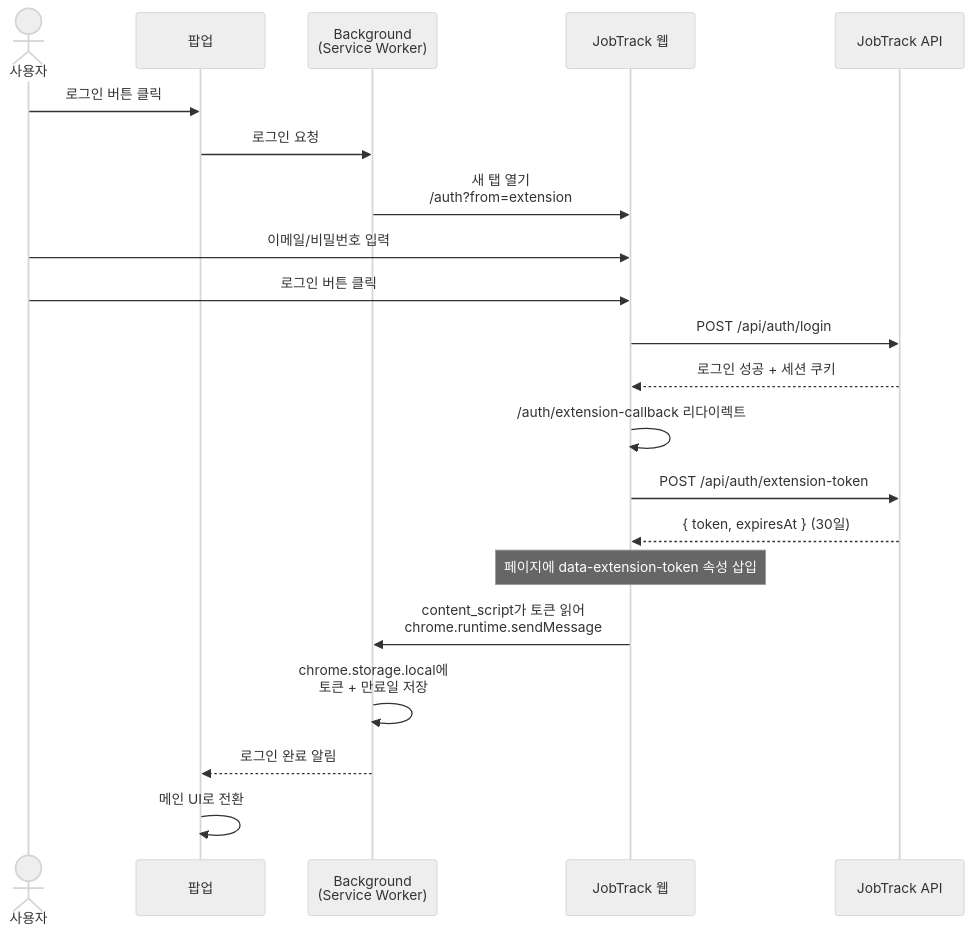
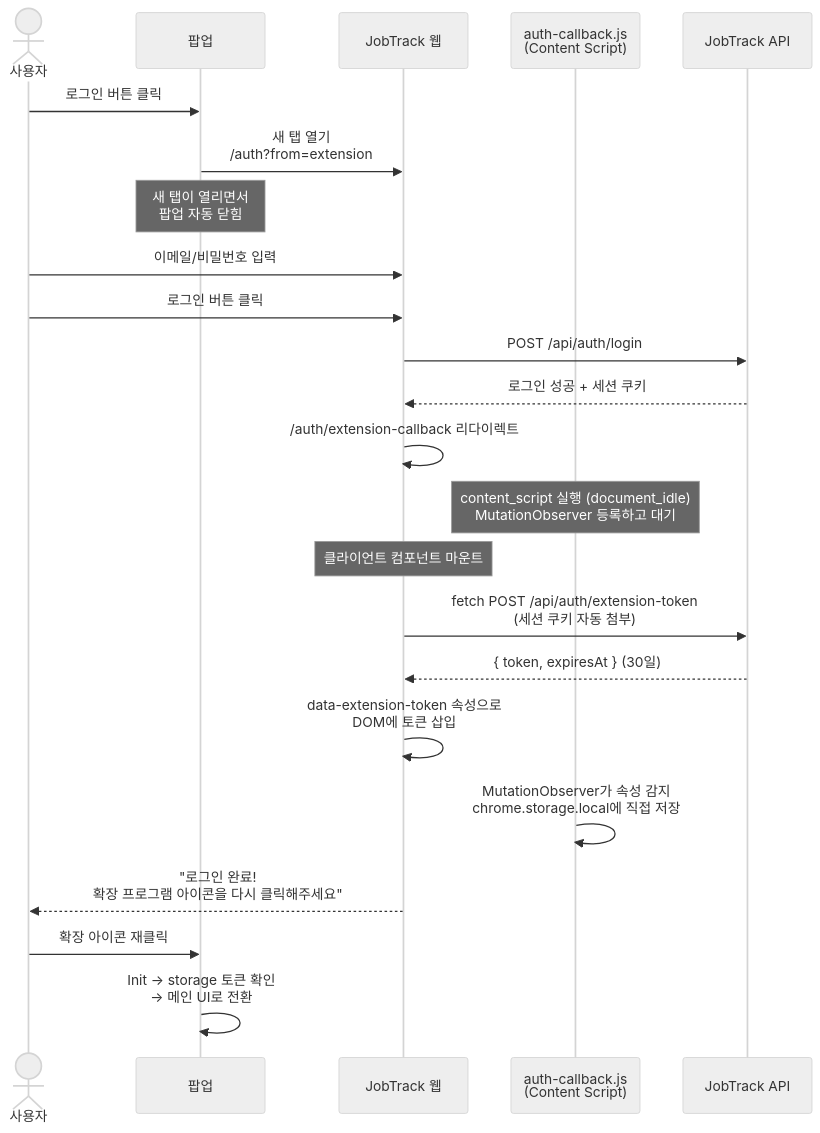
The second of 6 diagrams in docs/extension/flow.md (chaeseungyun/jobtrack), drawn with Mermaid (neutral theme) before and after one commit. The commit also changed other lines of this file and 3 other files, not shown here.

Commit message:
docs: update flow and implementation plan for JobTrack Chrome extension, detailing new authentication flow, removal of Service Worker, and enhanced content script functionality

````diff
--- a/docs/extension/flow.md
+++ b/docs/extension/flow.md
@@ -84,29 +84,31 @@
 ```mermaid
 sequenceDiagram
     actor User as 사용자
     participant Popup as 팝업
-    participant BG as Background<br/>(Service Worker)
     participant Web as JobTrack 웹
+    participant CS as auth-callback.js<br/>(Content Script)
     participant API as JobTrack API
 
     User->>Popup: 로그인 버튼 클릭
-    Popup->>BG: 로그인 요청
-    BG->>Web: 새 탭 열기<br/>/auth?from=extension
+    Popup->>Web: 새 탭 열기<br/>/auth?from=extension
+    Note over Popup: 새 탭이 열리면서<br/>팝업 자동 닫힘
 
     User->>Web: 이메일/비밀번호 입력
     User->>Web: 로그인 버튼 클릭
     Web->>API: POST /api/auth/login
     API-->>Web: 로그인 성공 + 세션 쿠키
 
     Web->>Web: /auth/extension-callback 리다이렉트
-    Web->>API: POST /api/auth/extension-token
+    Note over CS: content_script 실행 (document_idle)<br/>MutationObserver 등록하고 대기
+    Note over Web: 클라이언트 컴포넌트 마운트
+    Web->>API: fetch POST /api/auth/extension-token<br/>(세션 쿠키 자동 첨부)
     API-->>Web: { token, expiresAt } (30일)
 
-    Note over Web: 페이지에 data-extension-token 속성 삽입
+    Web->>Web: data-extension-token 속성으로<br/>DOM에 토큰 삽입
+    CS->>CS: MutationObserver가 속성 감지<br/>chrome.storage.local에 직접 저장
 
-    Web->>BG: content_script가 토큰 읽어<br/>chrome.runtime.sendMessage
-    BG->>BG: chrome.storage.local에<br/>토큰 + 만료일 저장
+    Web-->>User: "로그인 완료!<br/>확장 프로그램 아이콘을 다시 클릭해주세요"
 
-    BG-->>Popup: 로그인 완료 알림
-    Popup->>Popup: 메인 UI로 전환
+    User->>Popup: 확장 아이콘 재클릭
+    Popup->>Popup: Init → storage 토큰 확인<br/>→ 메인 UI로 전환
 ```
````
